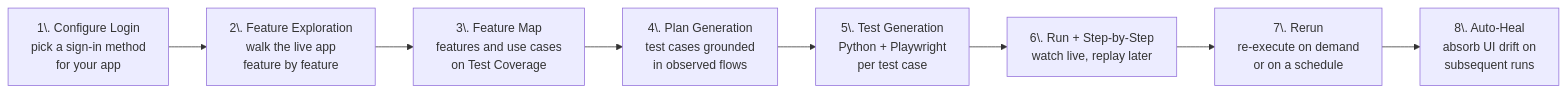
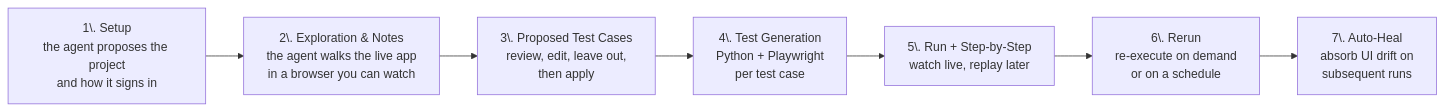
Before and after one commit to TestSprite/Docs: the diagram in web-portal/core/ui/ui-testing.mdx, drawn with Mermaid. The commit also changed other lines of this file and 283 other files, not shown here.

First line of the commit message:
docs: sync from Docs-dev docs/v31-concise (CLI 0.17 docs, 4.0 agent flow, docs branding)

````diff
--- a/web-portal/core/ui/ui-testing.mdx
+++ b/web-portal/core/ui/ui-testing.mdx
@@ -29,13 +29,12 @@
 ```mermaid
 flowchart LR
-    Z[1\. Configure Login<br/>pick a sign-in method<br/>for your app]
-    A[2\. Feature Exploration<br/>walk the live app<br/>feature by feature]
-    M[3\. Feature Map<br/>features and use cases<br/>on Test Coverage]
-    B[4\. Plan Generation<br/>test cases grounded<br/>in observed flows]
-    C[5\. Test Generation<br/>Python + Playwright<br/>per test case]
-    D[6\. Run + Step-by-Step<br/>watch live, replay later]
-    E[7\. Rerun<br/>re-execute on demand<br/>or on a schedule]
-    F[8\. Auto-Heal<br/>absorb UI drift on<br/>subsequent runs]
+    Z[1\. Setup<br/>the agent proposes the project<br/>and how it signs in]
+    A[2\. Exploration & Notes<br/>the agent walks the live app<br/>in a browser you can watch]
+    B[3\. Proposed Test Cases<br/>review, edit, leave out,<br/>then apply]
+    C[4\. Test Generation<br/>Python + Playwright<br/>per test case]
+    D[5\. Run + Step-by-Step<br/>watch live, replay later]
+    E[6\. Rerun<br/>re-execute on demand<br/>or on a schedule]
+    F[7\. Auto-Heal<br/>absorb UI drift on<br/>subsequent runs]
 
-    Z --> A --> M --> B --> C --> D --> E --> F
+    Z --> A --> B --> C --> D --> E --> F
 ```
````
